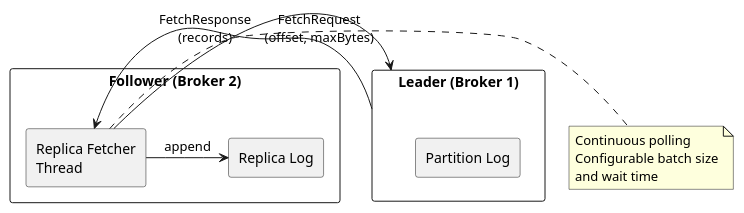
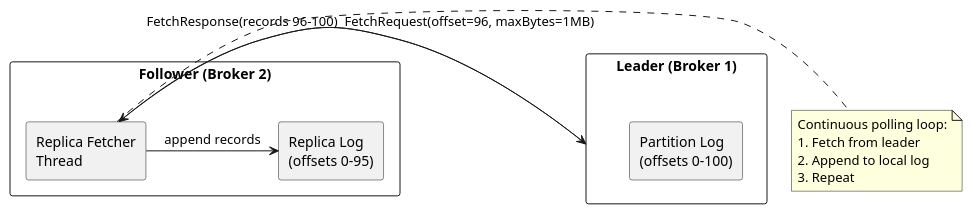
One commit to axonops/documentation changed the sixth of 8 diagrams in docs/data-platforms/kafka/architecture/replication/index.md. Above: the diagram before and after it, drawn with PlantUML. The commit also changed other lines of this file and 1 other file, not shown here.

````diff
--- a/docs/data-platforms/kafka/architecture/replication/index.md
+++ b/docs/data-platforms/kafka/architecture/replication/index.md
@@ -154,24 +404,27 @@
 ```plantuml
 @startuml
 
+skinparam backgroundColor transparent
+
 rectangle "Leader (Broker 1)" as leader {
-  rectangle "Partition Log" as log
+  rectangle "Partition Log\n(offsets 0-100)" as log
 }
 
 rectangle "Follower (Broker 2)" as follower {
-  rectangle "Replica Log" as replica
+  rectangle "Replica Log\n(offsets 0-95)" as replica
   rectangle "Replica Fetcher\nThread" as fetcher
 }
 
-fetcher -> leader : FetchRequest\n(offset, maxBytes)
-leader -> fetcher : FetchResponse\n(records)
-fetcher -> replica : append
+fetcher -> leader : FetchRequest(offset=96, maxBytes=1MB)
+leader -> fetcher : FetchResponse(records 96-100)
+fetcher -> replica : append records
 
 note right of fetcher
-  Continuous polling
-  Configurable batch size
-  and wait time
+  Continuous polling loop:
+  1. Fetch from leader
+  2. Append to local log
+  3. Repeat
 end note
 
 @enduml
 ```
````
